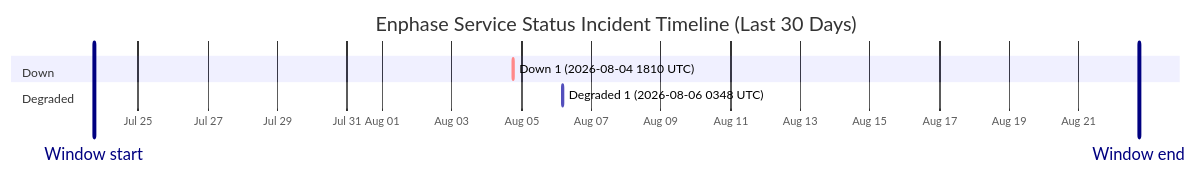
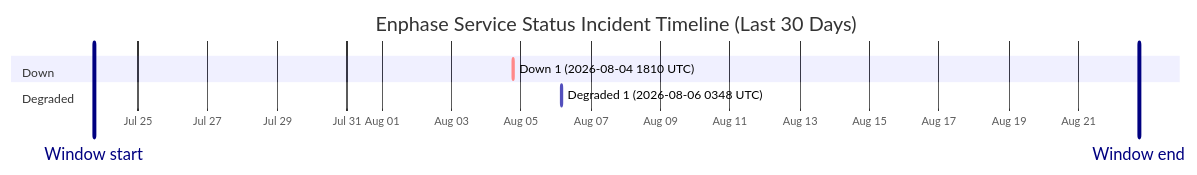
The diagram in wiki/Service-Status-History.md (barneyonline/ha-enphase-energy), drawn with Mermaid before and after one commit. The commit also changed other lines of this file and 3 other files, not shown here.

````diff
--- a/wiki/Service-Status-History.md
+++ b/wiki/Service-Status-History.md
@@ -14,12 +14,12 @@
 ```mermaid
 gantt
     title Enphase Service Status Incident Timeline (Last 30 Days)
     dateFormat  YYYY-MM-DDTHH:mm:ss
     axisFormat  %b %d
-    Window start :vert, window-start, 2026-07-23T17:18:22, 0ms
-    Window end :vert, window-end, 2026-08-22T17:18:22, 0ms
+    Window start :vert, window-start, 2026-07-23T17:45:10, 0ms
+    Window end :vert, window-end, 2026-08-22T17:45:10, 0ms
     section Down
     Down 1 (2026-08-04 1810 UTC) :crit, down-1, 2026-08-04T18:10:46, 60m
     section Degraded
     Degraded 1 (2026-08-06 0348 UTC) :active, degraded-1, 2026-08-06T03:48:14, 60m
 ```
````
